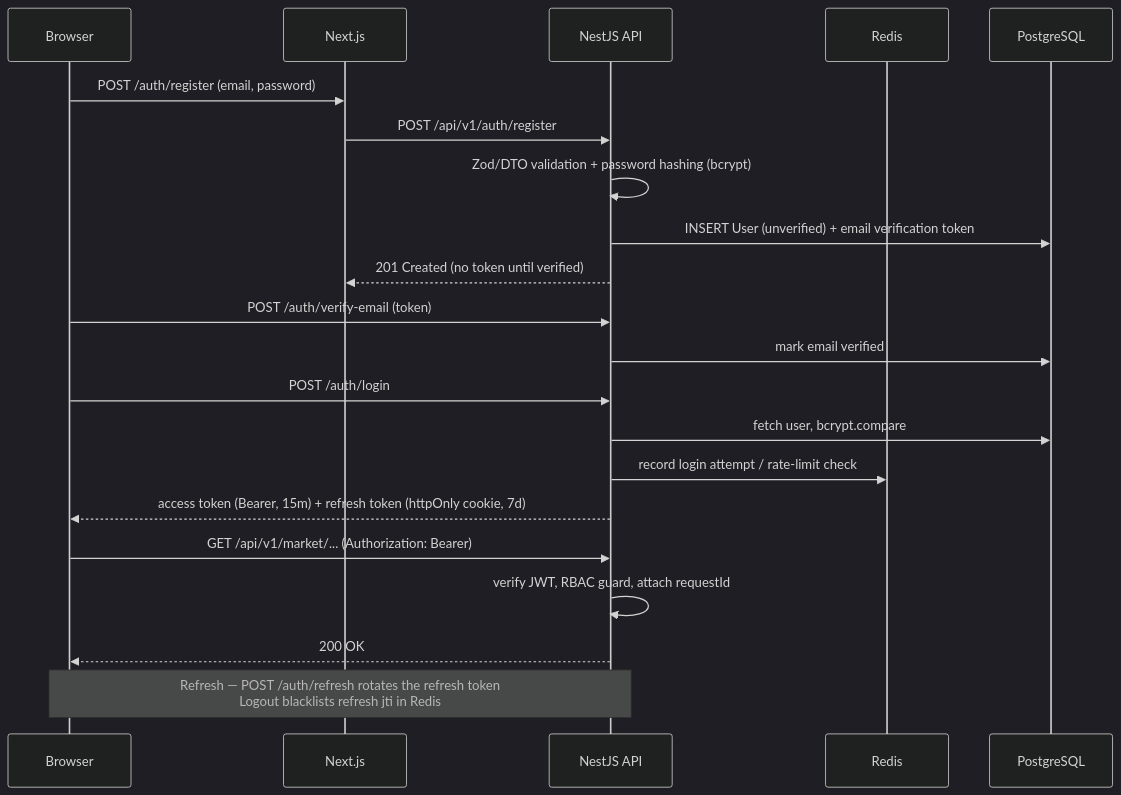
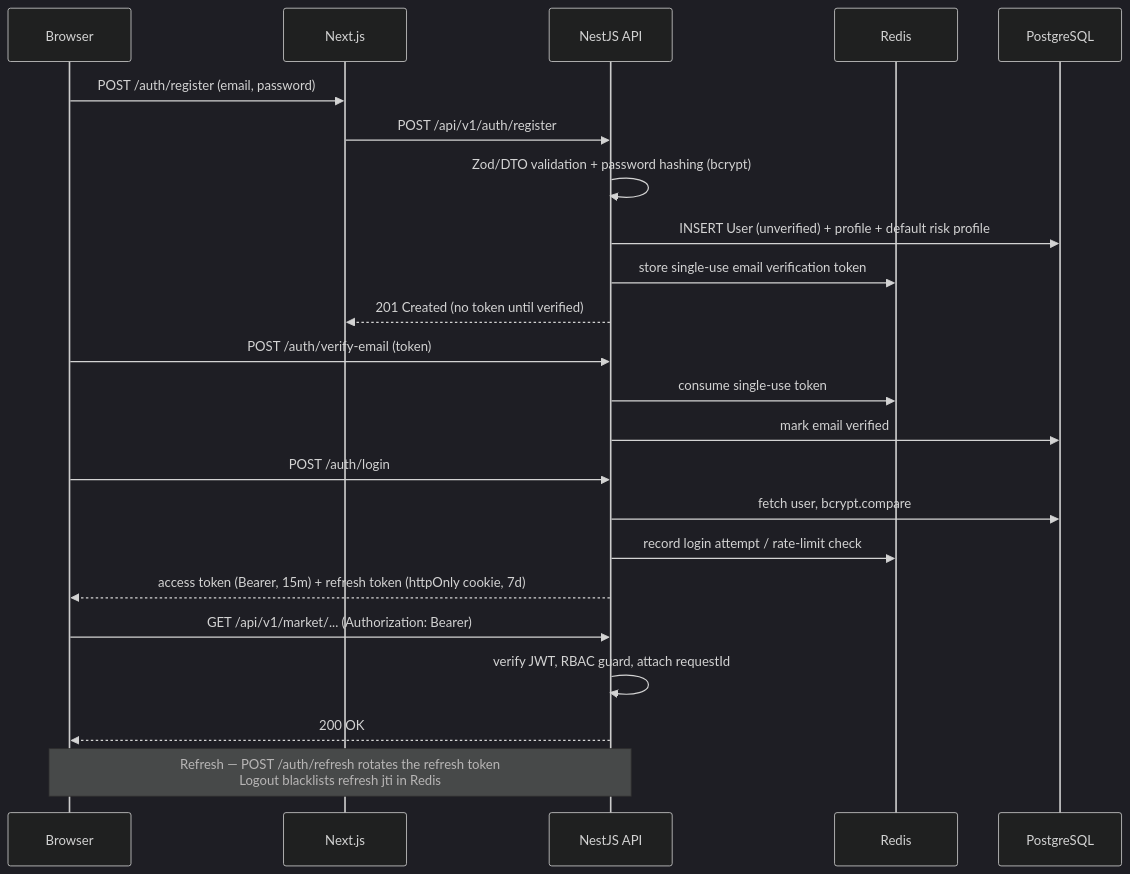
One commit to Emma-Donkor/trade4me changed the third of 9 diagrams in README.md. Above: the diagram before and after it, drawn with Mermaid (dark theme). The commit also changed other lines of this file and 59 other files, not shown here.

````diff
--- a/README.md
+++ b/README.md
@@ -385,27 +385,29 @@
 ```mermaid
 sequenceDiagram
     participant U as Browser
     participant W as Next.js
     participant A as NestJS API
     participant R as Redis
     participant D as PostgreSQL
 
     U->>W: POST /auth/register (email, password)
     W->>A: POST /api/v1/auth/register
     A->>A: Zod/DTO validation + password hashing (bcrypt)
-    A->>D: INSERT User (unverified) + email verification token
+    A->>D: INSERT User (unverified) + profile + default risk profile
+    A->>R: store single-use email verification token
     A-->>W: 201 Created (no token until verified)
     U->>A: POST /auth/verify-email (token)
+    A->>R: consume single-use token
     A->>D: mark email verified
 
     U->>A: POST /auth/login
     A->>D: fetch user, bcrypt.compare
     A->>R: record login attempt / rate-limit check
     A-->>U: access token (Bearer, 15m) + refresh token (httpOnly cookie, 7d)
 
     U->>A: GET /api/v1/market/... (Authorization: Bearer)
     A->>A: verify JWT, RBAC guard, attach requestId
     A-->>U: 200 OK
 
     Note over U,A: Refresh — POST /auth/refresh rotates the refresh token<br/>Logout blacklists refresh jti in Redis
 ```
````
